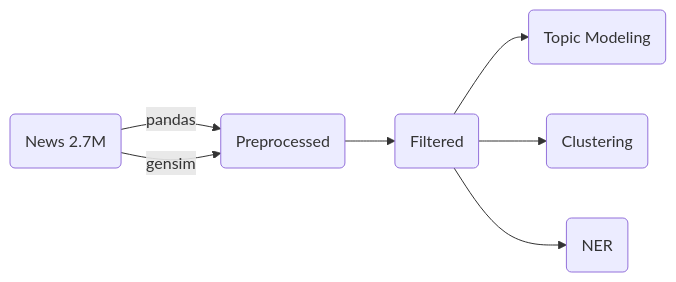
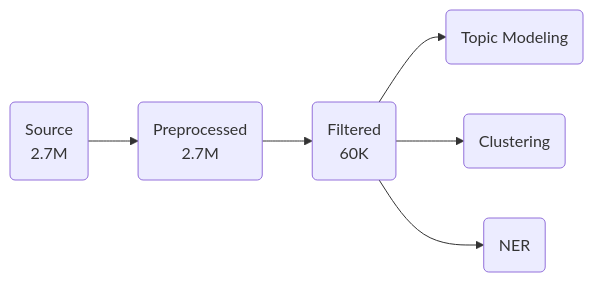
One commit to juswaldy/noobrainer changed the fourth of 4 diagrams in docs/noobrainer History.md. Above: the diagram before and after it, drawn with Mermaid. The commit also changed other lines of this file and 1 other file, not shown here.

Commit message:
[v0.3] Remove corpus samples, update doc

````diff
--- a/docs/noobrainer History.md
+++ b/docs/noobrainer History.md
@@ -374,17 +377,15 @@
 ```mermaid
 graph LR
-	Source(News 2.7M)
-	Preprocessed(Preprocessed)
-	Filtered(Filtered)
+	Source(Source<br>2.7M)
+	Preprocessed(Preprocessed<br>2.7M)
+	Filtered(Filtered<br>60K)
 	NER(NER)
 	Clustr(Clustering)
 	Tomo(Topic Modeling)
 	
-	Source -- pandas --> Preprocessed
-	Source -- gensim --> Preprocessed
+	Source --> Preprocessed
 	Preprocessed --> Filtered
 	Filtered --> Tomo
 	Filtered --> Clustr
     Filtered --> NER
-
 ```
````
